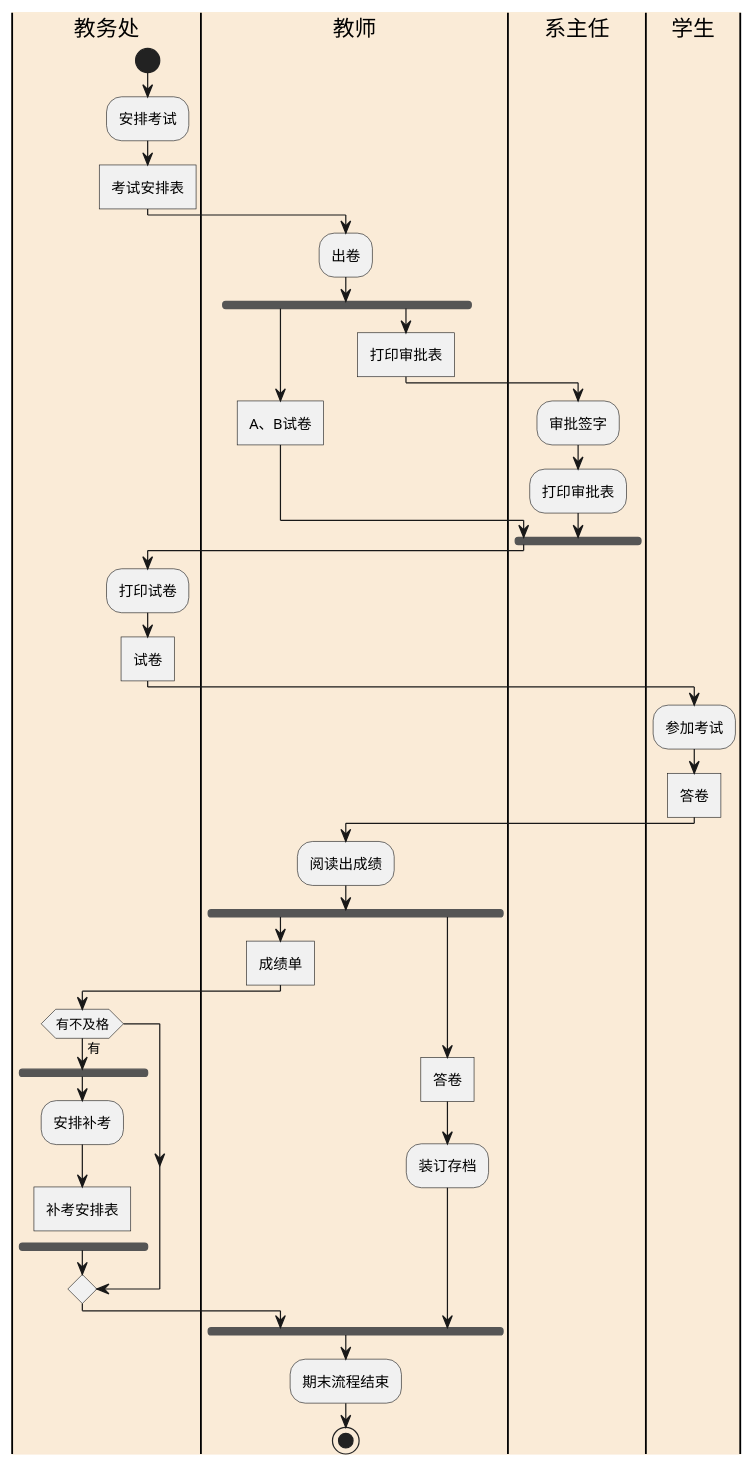
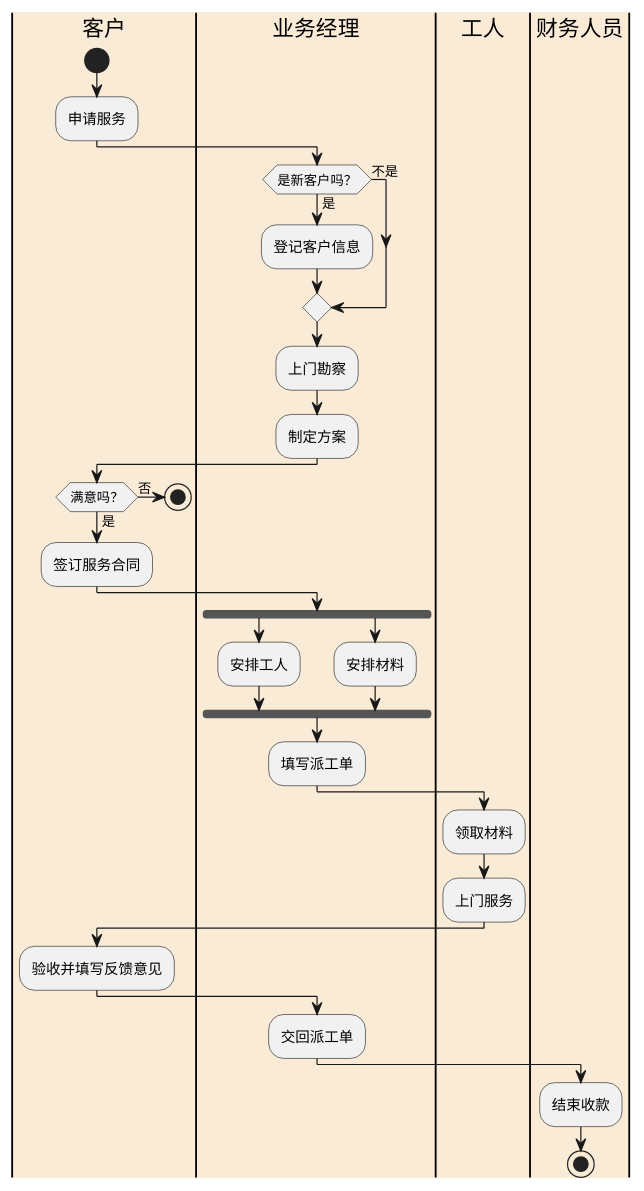
One commit to yhw0709/is_analysis changed the diagram in test1/liuchengtu2.puml. Above: the diagram before and after it, drawn with PlantUML. The commit also changed 11 other files, not shown here.

```diff
--- a/test1/liuchengtu2.puml
+++ b/test1/liuchengtu2.puml
@@ -1,41 +1,35 @@
 @startuml
-|教务处|
-start
-:安排考试;
-:考试安排表]
-|#AntiqueWhite|教师|
-:出卷;
-fork
-    :A、B试卷]
-fork again
-    :打印审批表]
-|#AntiqueWhite|系主任|
-    :审批签字;
-    :打印审批表;
-end fork
-|#AntiqueWhite|教务处|
-:打印试卷;
-:试卷]
-|#AntiqueWhite|学生|
-:参加考试;
-:答卷]
-|#AntiqueWhite|教师|
-:阅读出成绩;
-fork
-    :成绩单]
-|#AntiqueWhite|教务处|
-if (有不及格) then (有)
-    fork
-    :安排补考;
-    :补考安排表]
-    detach
-    end fork
-endif
-|#AntiqueWhite|教师|
-fork again
-    :答卷]
-    :装订存档;
-end fork
-:期末流程结束;
-stop
-@enduml
+  |客户|
+  start
+  :申请服务;
+  |#AntiqueWhite|业务经理|
+  if (是新客户吗？) then (是)
+      :登记客户信息;
+  else (不是)
+  endif
+  :上门勘察;
+  :制定方案;
+  |#AntiqueWhite|客户|
+  if (满意吗？) then (否)
+      stop
+  else (是)
+      :签订服务合同;
+  endif
+  |#AntiqueWhite|业务经理|
+  fork
+      :安排工人;
+  fork again
+      :安排材料;
+  end fork
+  :填写派工单;
+  |#AntiqueWhite|工人|
+  :领取材料;
+  :上门服务;
+  |#AntiqueWhite|客户|
+  :验收并填写反馈意见;
+  |#AntiqueWhite|业务经理|
+  :交回派工单;
+  |#AntiqueWhite|财务人员|
+  :结束收款;
+  stop
+  @enduml
```
